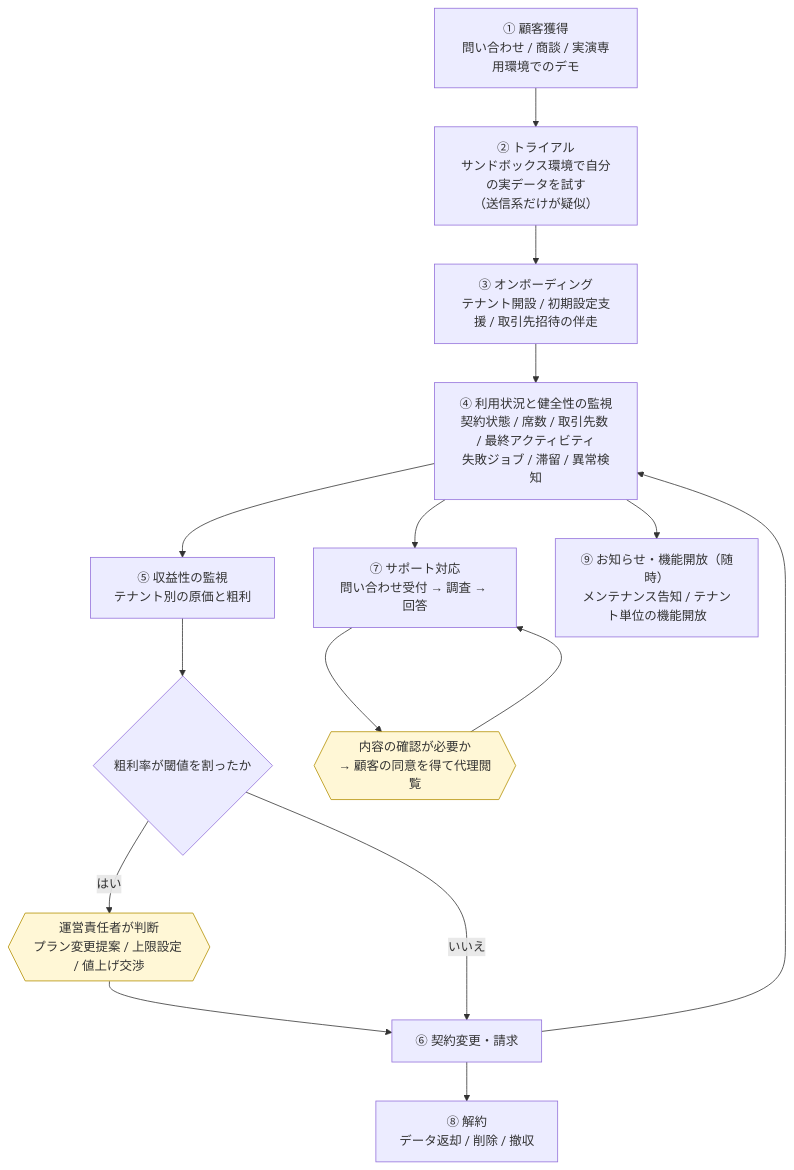
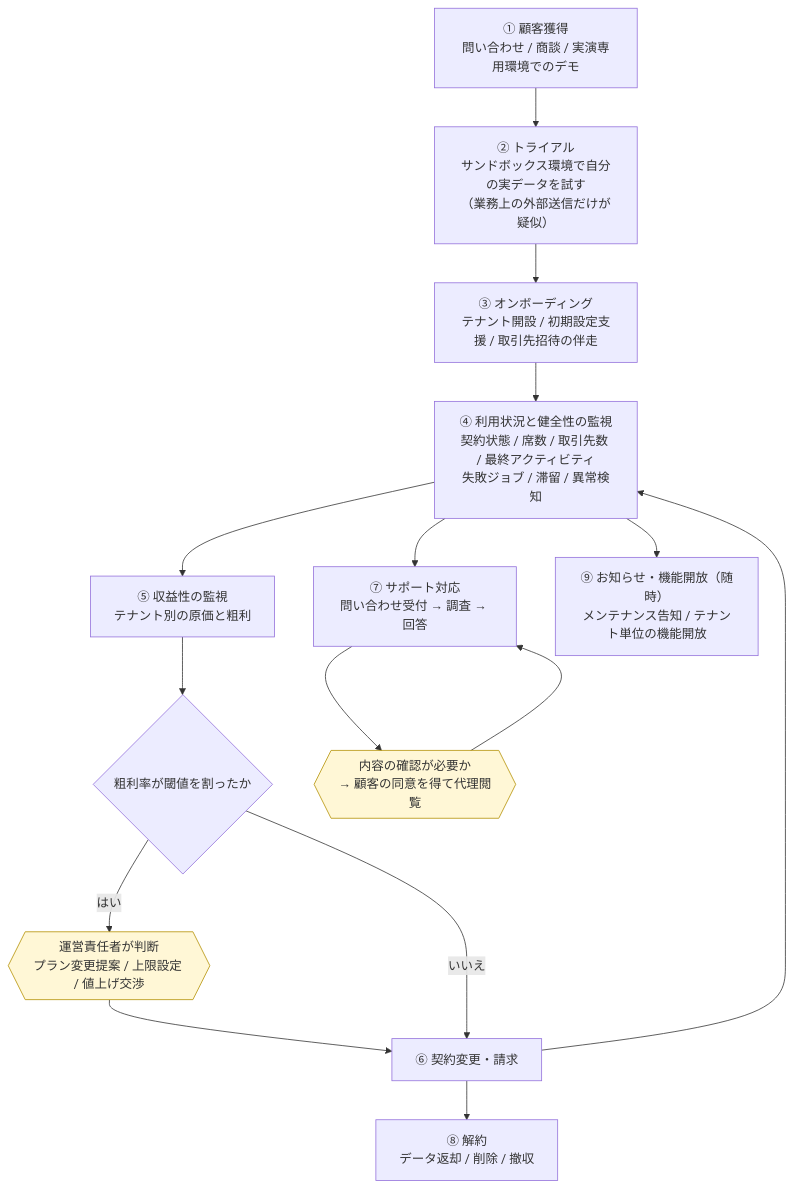
The fourth of 4 diagrams in docs/01-business-requirements.md (Festal-KM/SES-Platform), drawn with Mermaid before and after one commit. The commit also changed other lines of this file, not shown here.

````diff
--- a/docs/01-business-requirements.md
+++ b/docs/01-business-requirements.md
@@ -414,20 +414,20 @@
 ```mermaid
 flowchart TD
-  O1["① 顧客獲得<br/>問い合わせ / 商談 / 実演専用環境でのデモ"] --> O2["② トライアル<br/>サンドボックス環境で自分の実データを試す<br/>（送信系だけが疑似）"]
+  O1["① 顧客獲得<br/>問い合わせ / 商談 / 実演専用環境でのデモ"] --> O2["② トライアル<br/>サンドボックス環境で自分の実データを試す<br/>（業務上の外部送信だけが疑似）"]
   O2 --> O3["③ オンボーディング<br/>テナント開設 / 初期設定支援 / 取引先招待の伴走"]
   O3 --> O4["④ 利用状況と健全性の監視<br/>契約状態 / 席数 / 取引先数 / 最終アクティビティ<br/>失敗ジョブ / 滞留 / 異常検知"]
   O4 --> O5["⑤ 収益性の監視<br/>テナント別の原価と粗利"]
   O5 --> O6{"粗利率が閾値を割ったか"}
   O6 -- "はい" --> O7{{"運営責任者が判断<br/>プラン変更提案 / 上限設定 / 値上げ交渉"}}
   O7 --> O8["⑥ 契約変更・請求"]
   O6 -- "いいえ" --> O8
   O4 --> O9["⑦ サポート対応<br/>問い合わせ受付 → 調査 → 回答"]
   O9 --> O10{{"内容の確認が必要か<br/>→ 顧客の同意を得て代理閲覧"}}
   O10 --> O9
   O8 --> O4
   O8 --> O11["⑧ 解約<br/>データ返却 / 削除 / 撤収"]
   O4 --> O12["⑨ お知らせ・機能開放（随時）<br/>メンテナンス告知 / テナント単位の機能開放"]
 
   classDef human fill:#fff7d6,stroke:#b38f00;
   class O7,O10 human
 ```
````
